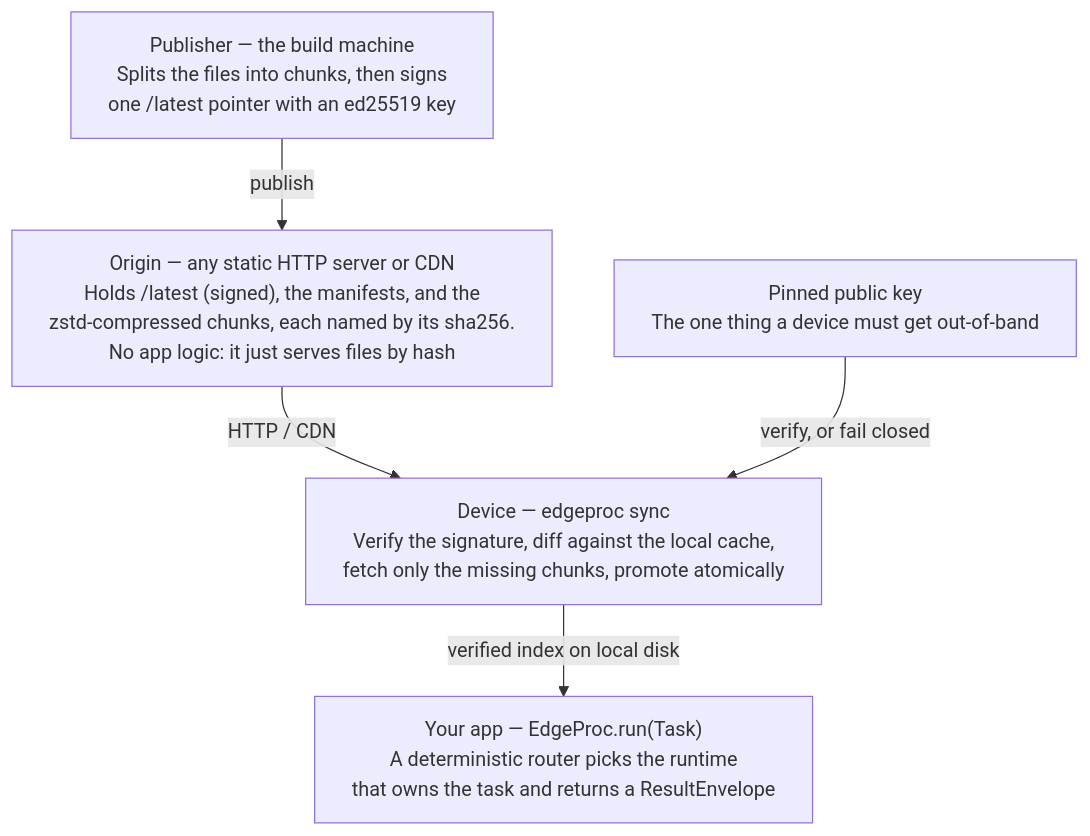
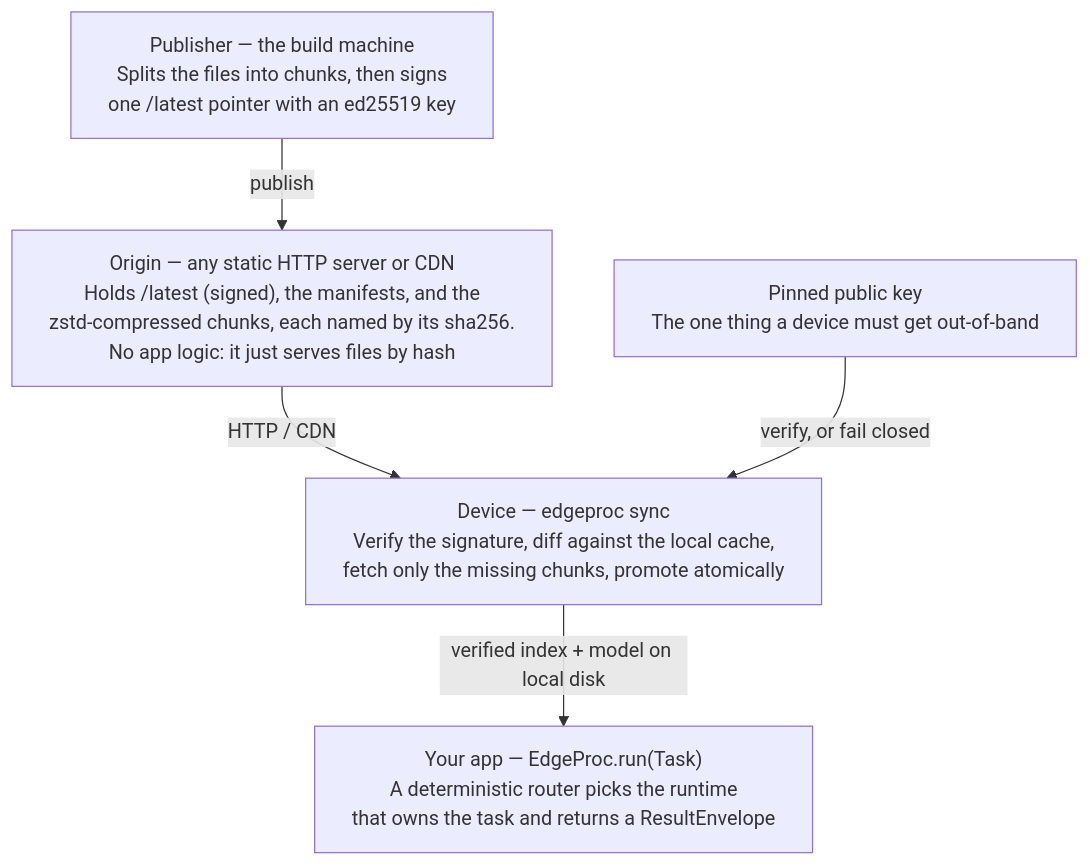
Before and after one commit to hseshadr/edge-proc: the first of 3 diagrams in docs/ARCHITECTURE.md, drawn with Mermaid. The commit also changed other lines of this file and 3 other files, not shown here.

````diff
--- a/docs/ARCHITECTURE.md
+++ b/docs/ARCHITECTURE.md
@@ -13,14 +13,14 @@
 ```mermaid
 %%{init: {"flowchart": {"wrappingWidth": 460}}}%%
 flowchart TD
     pub["Publisher — the build machine<br/>Splits the files into chunks, then signs<br/>one /latest pointer with an ed25519 key"]
     origin["Origin — any static HTTP server or CDN<br/>Holds /latest (signed), the manifests, and the<br/>zstd-compressed chunks, each named by its sha256.<br/>No app logic: it just serves files by hash"]
     key["Pinned public key<br/>The one thing a device must get out-of-band"]
     dev["Device — edgeproc sync<br/>Verify the signature, diff against the local cache,<br/>fetch only the missing chunks, promote atomically"]
     app["Your app — EdgeProc.run(Task)<br/>A deterministic router picks the runtime<br/>that owns the task and returns a ResultEnvelope"]
 
     pub -->|"publish"| origin
     origin -->|"HTTP / CDN"| dev
     key -->|"verify, or fail closed"| dev
-    dev -->|"verified index on local disk"| app
+    dev -->|"verified index + model on local disk"| app
 ```
````
